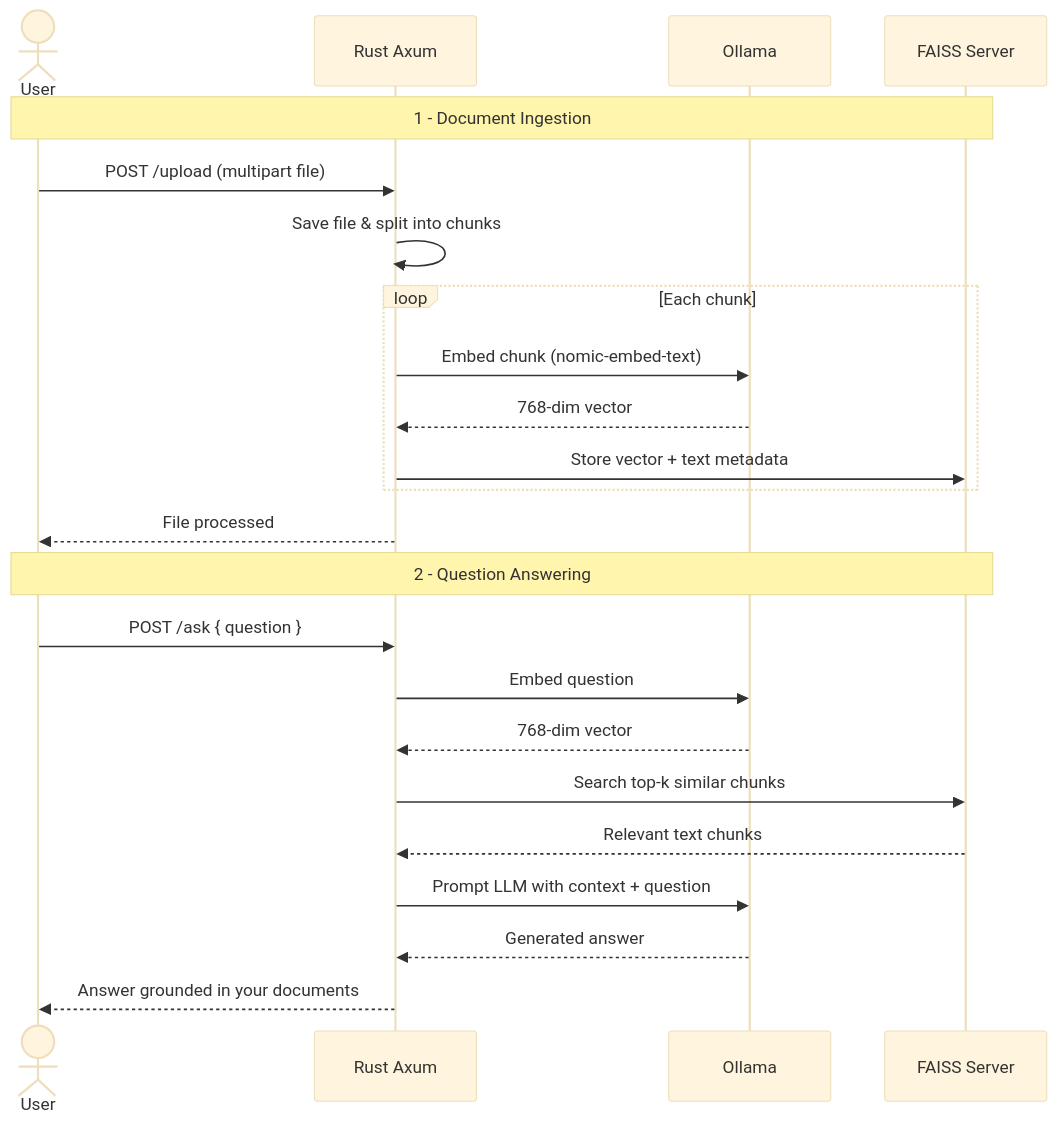
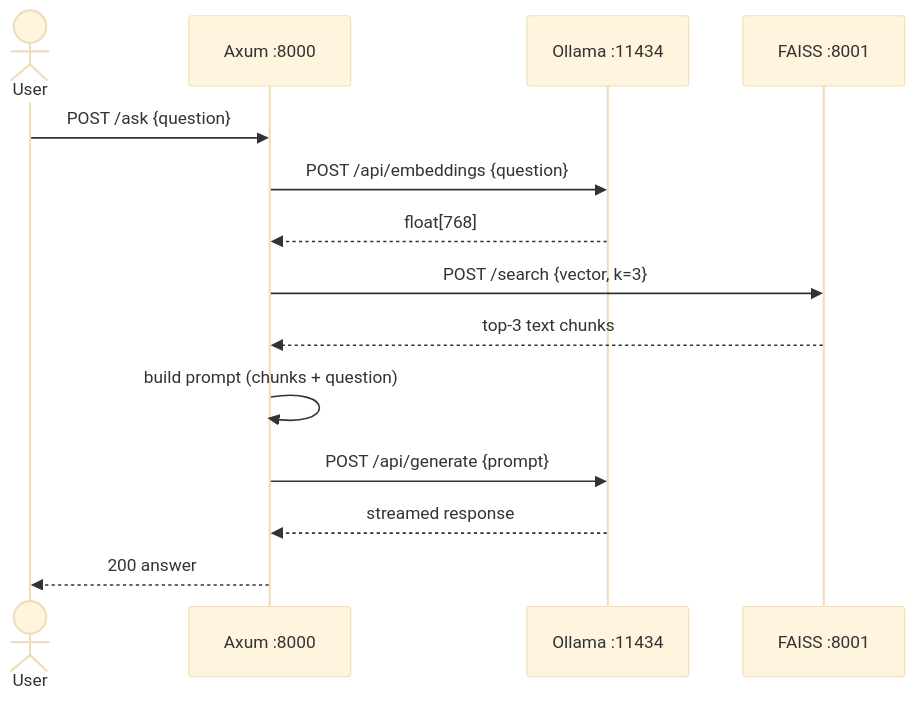
Before and after one commit to mutabay/DocuQuery-A-Lightweight-RAG-System-for-Edge-Applications: the third of 4 diagrams in README.md, drawn with Mermaid (base theme). The commit also changed other lines of this file and 1 other file, not shown here.

Commit message:
Diagram updates

````diff
--- a/README.md
+++ b/README.md
@@ -52,27 +64,17 @@
 ```mermaid
 sequenceDiagram
     actor User
-    participant Axum as Rust Axum
-    participant Ollama as Ollama
-    participant FAISS as FAISS Server
+    participant Axum as Axum :8000
+    participant Ollama as Ollama :11434
+    participant FAISS as FAISS :8001
 
-    Note over User, FAISS: 1 - Document Ingestion
-    User->>Axum: POST /upload (multipart file)
-    Axum->>Axum: Save file & split into chunks
-    loop Each chunk
-        Axum->>Ollama: Embed chunk (nomic-embed-text)
-        Ollama-->>Axum: 768-dim vector
-        Axum->>FAISS: Store vector + text metadata
-    end
-    Axum-->>User: File processed
-
-    Note over User, FAISS: 2 - Question Answering
-    User->>Axum: POST /ask { question }
-    Axum->>Ollama: Embed question
-    Ollama-->>Axum: 768-dim vector
-    Axum->>FAISS: Search top-k similar chunks
-    FAISS-->>Axum: Relevant text chunks
-    Axum->>Ollama: Prompt LLM with context + question
-    Ollama-->>Axum: Generated answer
-    Axum-->>User: Answer grounded in your documents
+    User->>Axum: POST /ask {question}
+    Axum->>Ollama: POST /api/embeddings {question}
+    Ollama-->>Axum: float[768]
+    Axum->>FAISS: POST /search {vector, k=3}
+    FAISS-->>Axum: top-3 text chunks
+    Axum->>Axum: build prompt (chunks + question)
+    Axum->>Ollama: POST /api/generate {prompt}
+    Ollama-->>Axum: streamed response
+    Axum-->>User: 200 answer
 ```
````
